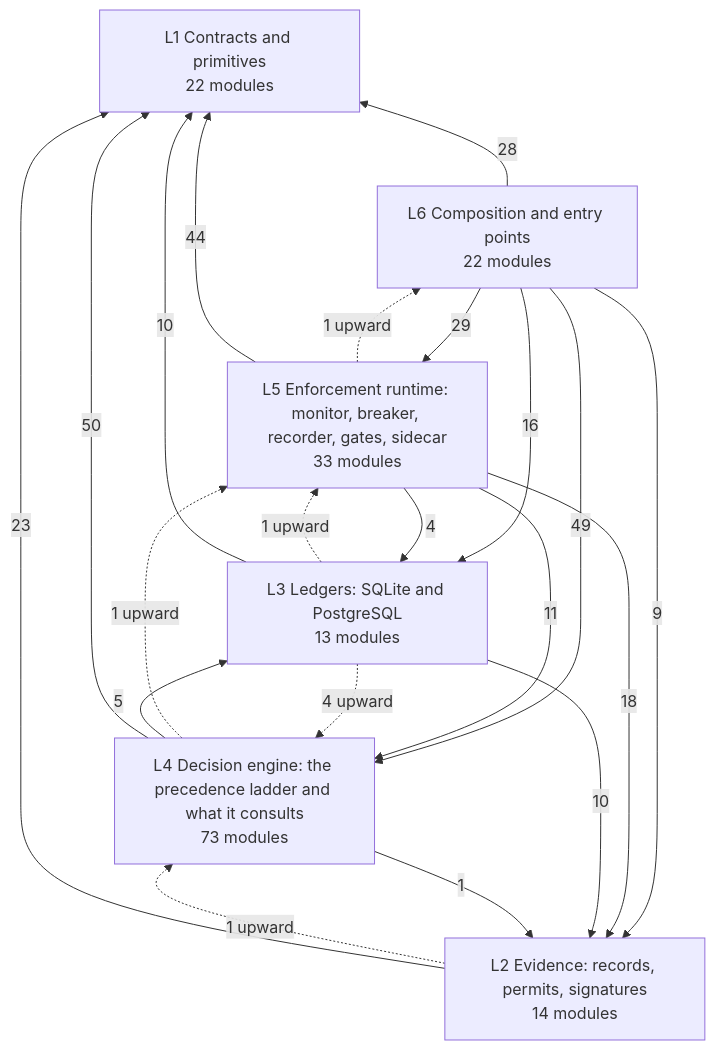
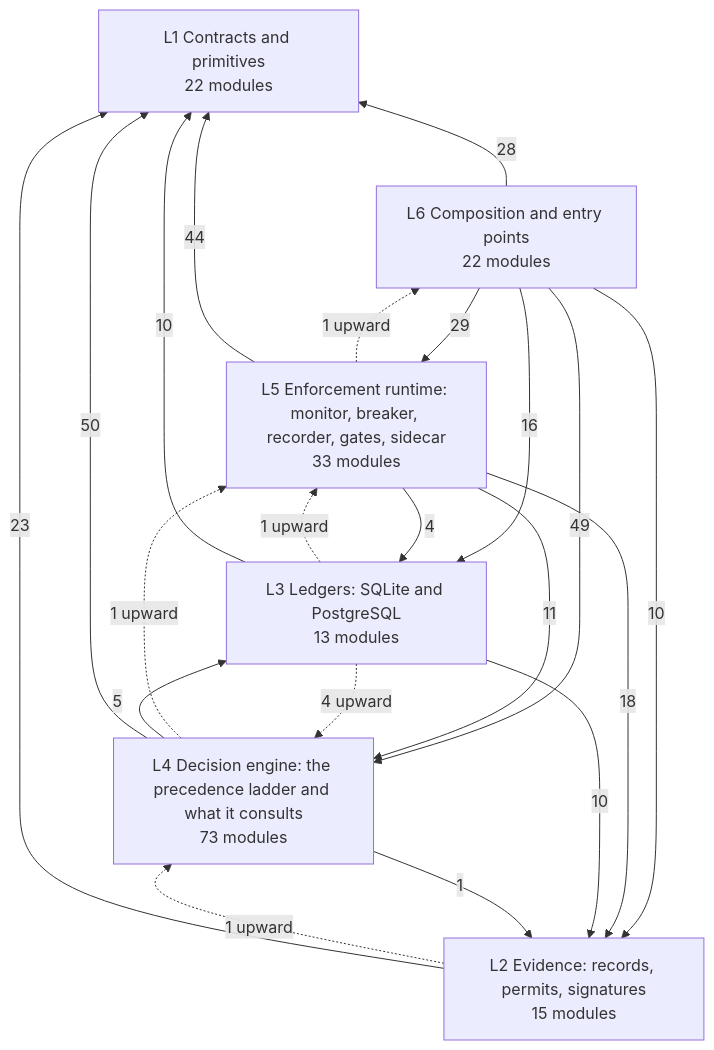
Before and after one commit to LOLA0786/privatevault-agent-dna: the diagram in docs/architecture/DEPENDENCIES.md, drawn with Mermaid. The commit also changed other lines of this file and 35 other files, not shown here.

````diff
--- a/docs/architecture/DEPENDENCIES.md
+++ b/docs/architecture/DEPENDENCIES.md
@@ -12,29 +12,29 @@
 ```mermaid
 flowchart BT
   L1["L1 Contracts and primitives<br/>22 modules"]
-  L2["L2 Evidence: records, permits, signatures<br/>14 modules"]
+  L2["L2 Evidence: records, permits, signatures<br/>15 modules"]
   L3["L3 Ledgers: SQLite and PostgreSQL<br/>13 modules"]
   L4["L4 Decision engine: the precedence ladder and what it consults<br/>73 modules"]
   L5["L5 Enforcement runtime: monitor, breaker, recorder, gates, sidecar<br/>33 modules"]
   L6["L6 Composition and entry points<br/>22 modules"]
   L2 -->|23| L1
   L3 -->|10| L1
   L3 -->|10| L2
   L4 -->|50| L1
   L4 -->|1| L2
   L4 -->|5| L3
   L5 -->|44| L1
   L5 -->|18| L2
   L5 -->|4| L3
   L5 -->|11| L4
   L6 -->|28| L1
-  L6 -->|9| L2
+  L6 -->|10| L2
   L6 -->|16| L3
   L6 -->|49| L4
   L6 -->|29| L5
   L2 -.->|1 upward| L4
   L3 -.->|4 upward| L4
   L3 -.->|1 upward| L5
   L4 -.->|1 upward| L5
   L5 -.->|1 upward| L6
 ```
````
